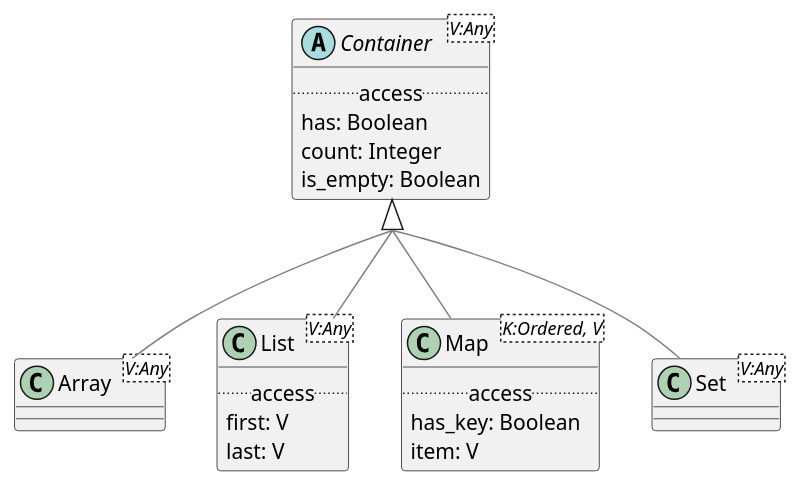
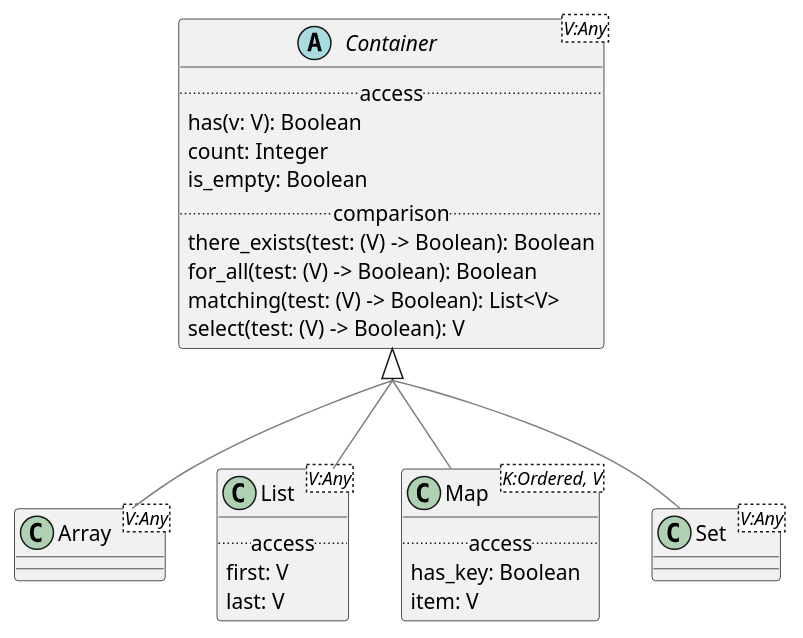
One commit to wolandscat/openehr-doc changed the diagram in modules/ROOT/examples/bmm/representation/builtin_types/structures/structures-package-uml.adoc. Above: the diagram before and after it, drawn with PlantUML. The commit also changed 541 other files, not shown here.

Commit message:
Regen with override markers, and override relations removed from UML.

```diff
--- a/modules/ROOT/examples/bmm/representation/builtin_types/structures/structures-package-uml.adoc
+++ b/modules/ROOT/examples/bmm/representation/builtin_types/structures/structures-package-uml.adoc
@@ -3,44 +3,49 @@
 [plantuml,opts=interactive,link=self]
 ....
 skinparam groupInheritance 2
 skinparam citedClassColor #FDFDFD
 
 
 class Array<V:Any> [[/openehr-doc/latest/representation/builtin_types-gen.html#_class_array]] {
 }
 
-Array -[#gray]up-|> Container  
+Array -[#gray]up-|> Container
 
 
 class List<V:Any> [[/openehr-doc/latest/representation/builtin_types-gen.html#_class_list]] {
         .. access ..
         first: V
         last: V
 }
 
-List -[#gray]up-|> Container  
+List -[#gray]up-|> Container
 
 
 class Map<K:Ordered, V> [[/openehr-doc/latest/representation/builtin_types-gen.html#_class_map]] {
         .. access ..
         has_key: Boolean
         item: V
 }
 
-Map -[#gray]up-|> Container  
+Map -[#gray]up-|> Container
 
 
 abstract class Container<V:Any> [[/openehr-doc/latest/representation/builtin_types-gen.html#_class_container]] {
         .. access ..
-        has: Boolean
+        has(v: V): Boolean
         count: Integer
         is_empty: Boolean
+        .. comparison ..
+        there_exists(test: (V) -> Boolean): Boolean
+        for_all(test: (V) -> Boolean): Boolean
+        matching(test: (V) -> Boolean): List<V>
+        select(test: (V) -> Boolean): V
 }
 
 class Set<V:Any> [[/openehr-doc/latest/representation/builtin_types-gen.html#_class_set]] {
 }
 
-Set -[#gray]up-|> Container  
+Set -[#gray]up-|> Container
 
 
 ....
```
